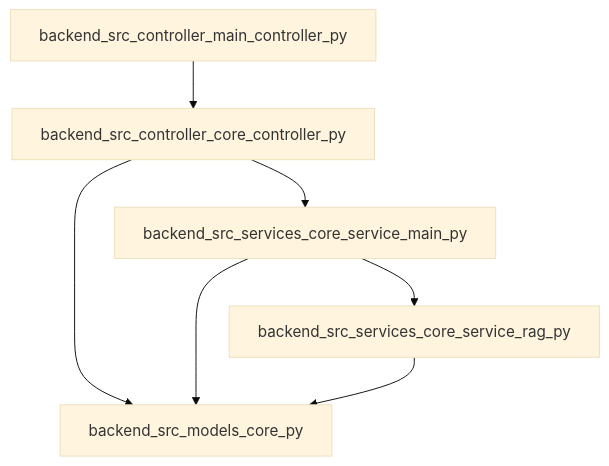
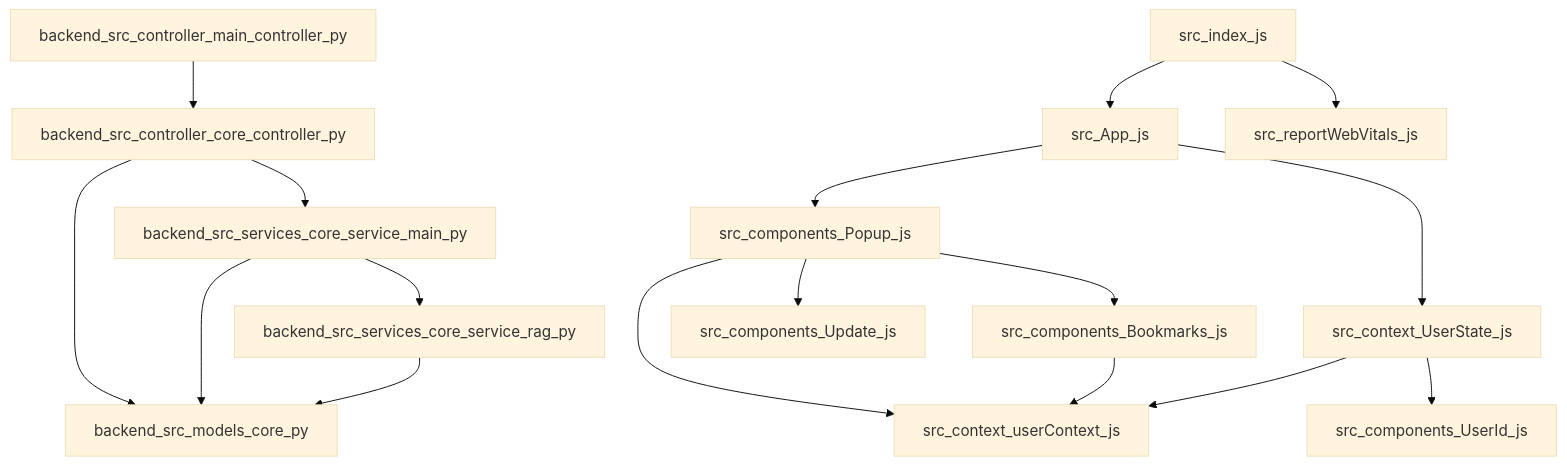
The diagram in ONBOARD.md (mohdzain98/surfmind), drawn with Mermaid (base theme) before and after one commit. The commit also changed other lines of this file and 7 other files, not shown here.

````diff
--- a/ONBOARD.md
+++ b/ONBOARD.md
@@ -27,9 +29,19 @@
 ```mermaid
 flowchart TD
-  backend_src_services_core_service_main_py --> backend_src_services_core_service_rag_py
+  src_App_js --> src_components_Popup_js
   backend_src_controller_core_controller_py --> backend_src_models_core_py
-  backend_src_services_core_service_main_py --> backend_src_models_core_py
+  src_components_Popup_js --> src_context_userContext_js
+  src_components_Popup_js --> src_components_Update_js
   backend_src_controller_main_controller_py --> backend_src_controller_core_controller_py
   backend_src_controller_core_controller_py --> backend_src_services_core_service_main_py
+  backend_src_services_core_service_main_py --> backend_src_models_core_py
+  src_context_UserState_js --> src_context_userContext_js
+  src_index_js --> src_App_js
+  backend_src_services_core_service_main_py --> backend_src_services_core_service_rag_py
   backend_src_services_core_service_rag_py --> backend_src_models_core_py
+  src_App_js --> src_context_UserState_js
+  src_context_UserState_js --> src_components_UserId_js
+  src_index_js --> src_reportWebVitals_js
+  src_components_Popup_js --> src_components_Bookmarks_js
+  src_components_Bookmarks_js --> src_context_userContext_js
 ```
````
